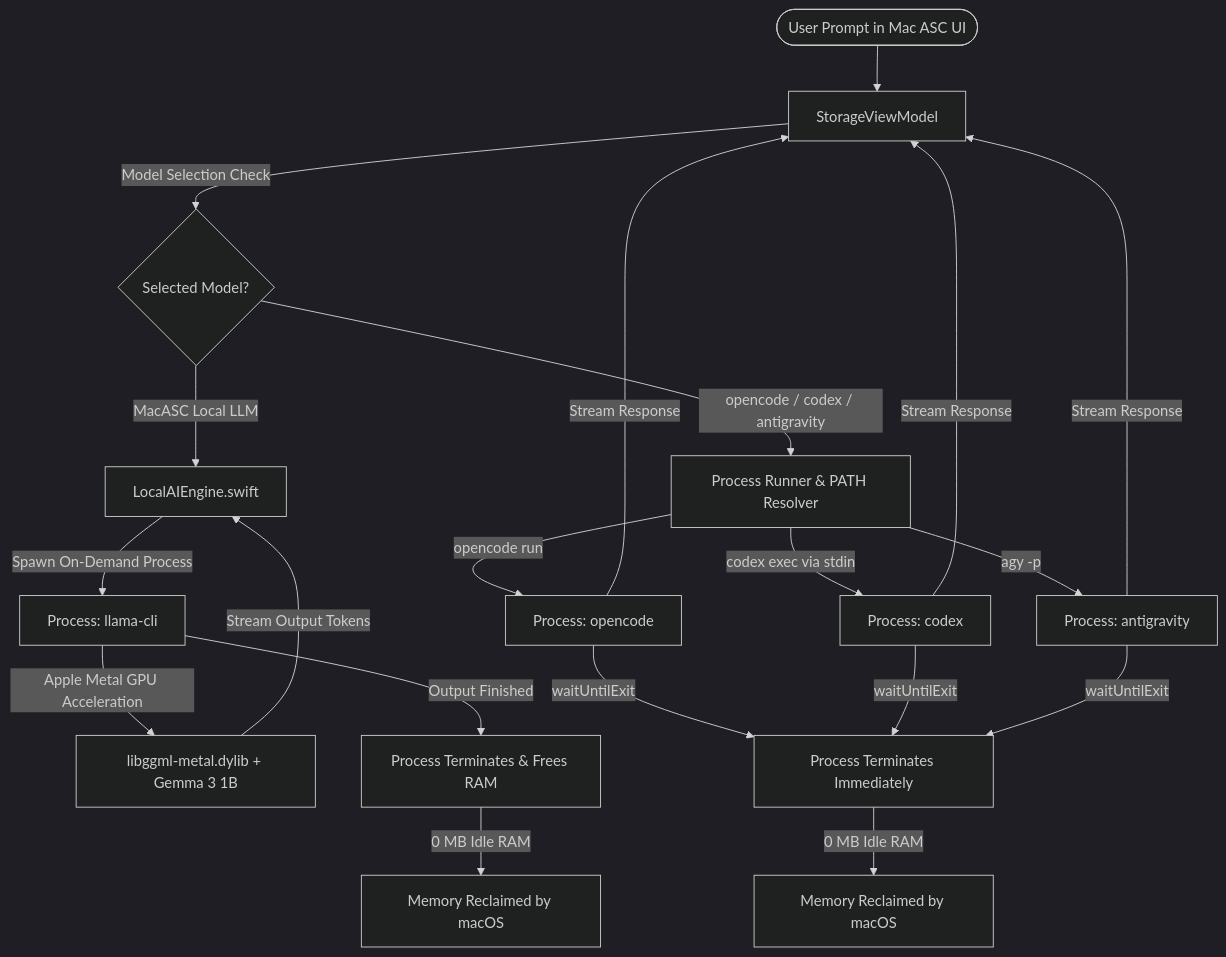
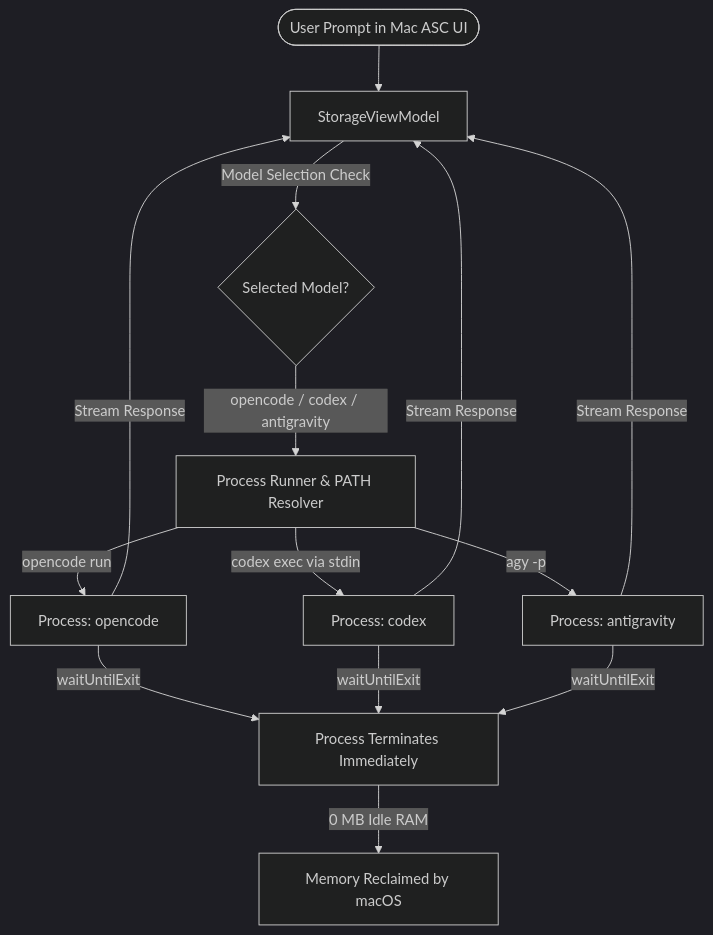
Before and after one commit to Rian445/MacAsc: the first of 2 diagrams in README.md, drawn with Mermaid (dark theme). The commit also changed other lines of this file and 34 other files, not shown here.

Commit message:
refactor: remove bundled local AI binaries and deprecate native LLM support in favor of external CLI agents

````diff
--- a/README.md
+++ b/README.md
@@ -65,29 +64,20 @@
 ```mermaid
 graph TD
     User([User Prompt in Mac ASC UI]) --> VM[StorageViewModel]
     
     VM -->|Model Selection Check| ModelRouter{Selected Model?}
-    
-    %% Local LLM Path
-    ModelRouter -->|"MacASC Local LLM"| LocalEngine[LocalAIEngine.swift]
-    LocalEngine -->|Spawn On-Demand Process| LlamaProcess[Process: llama-cli]
-    LlamaProcess -->|Apple Metal GPU Acceleration| Metal[libggml-metal.dylib + Gemma 3 1B]
-    Metal -->|Stream Output Tokens| LocalEngine
-    LlamaProcess -->|Output Finished| TerminateLocal[Process Terminates & Frees RAM]
-    TerminateLocal -->|0 MB Idle RAM| macOS1[Memory Reclaimed by macOS]
-
-    %% CLI Agents Path
+        %% CLI Agents Path
     ModelRouter -->|"opencode / codex / antigravity"| CLIRunner[Process Runner & PATH Resolver]
     CLIRunner -->|opencode run| Opencode[Process: opencode]
     CLIRunner -->|codex exec via stdin| Codex[Process: codex]
     CLIRunner -->|agy -p| AGY[Process: antigravity]
     
     Opencode -->|Stream Response| VM
     Codex -->|Stream Response| VM
     AGY -->|Stream Response| VM
     
     Opencode -->|waitUntilExit| TerminateCLI[Process Terminates Immediately]
     Codex -->|waitUntilExit| TerminateCLI
     AGY -->|waitUntilExit| TerminateCLI
     TerminateCLI -->|0 MB Idle RAM| macOS2[Memory Reclaimed by macOS]
 ```
````
